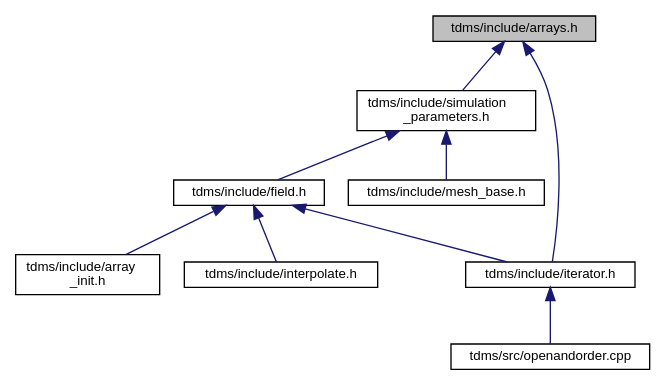
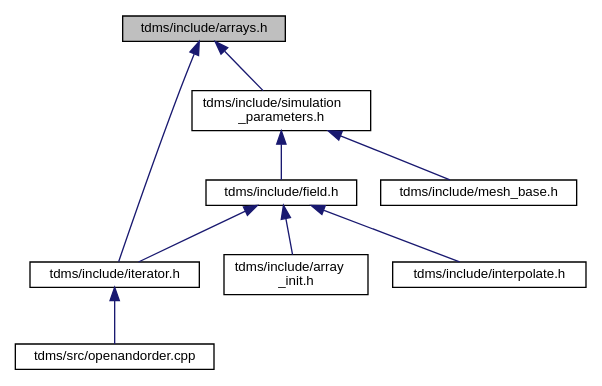
One commit to UCL/TDMS changed the diagram in arrays_8h__dep__incl.dot. Above: the diagram before and after it, drawn with Graphviz. The commit also changed 324 other files, not shown here.

```diff
--- a/arrays_8h__dep__incl.dot
+++ b/arrays_8h__dep__incl.dot
@@ -1,22 +1,22 @@
 digraph "tdms/include/arrays.h"
 {
  // LATEX_PDF_SIZE
   edge [fontname="Helvetica",fontsize="10",labelfontname="Helvetica",labelfontsize="10"];
   node [fontname="Helvetica",fontsize="10",shape=record];
   Node1 [label="tdms/include/arrays.h",height=0.2,width=0.4,color="black", fillcolor="grey75", style="filled", fontcolor="black",tooltip="Classes describing arrays, vertices etc."];
   Node1 -> Node2 [dir="back",color="midnightblue",fontsize="10",style="solid",fontname="Helvetica"];
-  Node2 [label="tdms/include/simulation\l_parameters.h",height=0.2,width=0.4,color="black", fillcolor="white", style="filled",URL="$simulation__parameters_8h.html",tooltip="Classes collecting parameters for the simulation."];
+  Node2 [label="tdms/include/iterator.h",height=0.2,width=0.4,color="black", fillcolor="white", style="filled",URL="$iterator_8h.html",tooltip="The main time propogation algorithm."];
   Node2 -> Node3 [dir="back",color="midnightblue",fontsize="10",style="solid",fontname="Helvetica"];
-  Node3 [label="tdms/include/field.h",height=0.2,width=0.4,color="black", fillcolor="white", style="filled",URL="$field_8h.html",tooltip="Classes for the electric and magnetic (split) fields on a grid."];
-  Node3 -> Node4 [dir="back",color="midnightblue",fontsize="10",style="solid",fontname="Helvetica"];
-  Node4 [label="tdms/include/array\l_init.h",height=0.2,width=0.4,color="black", fillcolor="white", style="filled",URL="$array__init_8h.html",tooltip="A collection of functions for array initialisation given MATLAB pointers."];
-  Node3 -> Node5 [dir="back",color="midnightblue",fontsize="10",style="solid",fontname="Helvetica"];
-  Node5 [label="tdms/include/interpolate.h",height=0.2,width=0.4,color="black", fillcolor="white", style="filled",URL="$interpolate_8h.html",tooltip="Interpolation of field values within FDTD grid."];
-  Node3 -> Node6 [dir="back",color="midnightblue",fontsize="10",style="solid",fontname="Helvetica"];
-  Node6 [label="tdms/include/iterator.h",height=0.2,width=0.4,color="black", fillcolor="white", style="filled",URL="$iterator_8h.html",tooltip="The main time propogation algorithm."];
-  Node6 -> Node7 [dir="back",color="midnightblue",fontsize="10",style="solid",fontname="Helvetica"];
-  Node7 [label="tdms/src/openandorder.cpp",height=0.2,width=0.4,color="black", fillcolor="white", style="filled",URL="$openandorder_8cpp.html",tooltip="Launch and file IO."];
-  Node2 -> Node8 [dir="back",color="midnightblue",fontsize="10",style="solid",fontname="Helvetica"];
+  Node3 [label="tdms/src/openandorder.cpp",height=0.2,width=0.4,color="black", fillcolor="white", style="filled",URL="$openandorder_8cpp.html",tooltip="Launch and file IO."];
+  Node1 -> Node4 [dir="back",color="midnightblue",fontsize="10",style="solid",fontname="Helvetica"];
+  Node4 [label="tdms/include/simulation\l_parameters.h",height=0.2,width=0.4,color="black", fillcolor="white", style="filled",URL="$simulation__parameters_8h.html",tooltip="Classes collecting parameters for the simulation."];
+  Node4 -> Node5 [dir="back",color="midnightblue",fontsize="10",style="solid",fontname="Helvetica"];
+  Node5 [label="tdms/include/field.h",height=0.2,width=0.4,color="black", fillcolor="white", style="filled",URL="$field_8h.html",tooltip="Classes for the electric and magnetic (split) fields on a grid."];
+  Node5 -> Node6 [dir="back",color="midnightblue",fontsize="10",style="solid",fontname="Helvetica"];
+  Node6 [label="tdms/include/array\l_init.h",height=0.2,width=0.4,color="black", fillcolor="white", style="filled",URL="$array__init_8h.html",tooltip="A collection of functions for array initialisation given MATLAB pointers."];
+  Node5 -> Node7 [dir="back",color="midnightblue",fontsize="10",style="solid",fontname="Helvetica"];
+  Node7 [label="tdms/include/interpolate.h",height=0.2,width=0.4,color="black", fillcolor="white", style="filled",URL="$interpolate_8h.html",tooltip="Interpolation of field values within FDTD grid."];
+  Node5 -> Node2 [dir="back",color="midnightblue",fontsize="10",style="solid",fontname="Helvetica"];
+  Node4 -> Node8 [dir="back",color="midnightblue",fontsize="10",style="solid",fontname="Helvetica"];
   Node8 [label="tdms/include/mesh_base.h",height=0.2,width=0.4,color="black", fillcolor="white", style="filled",URL="$mesh__base_8h.html",tooltip="Generation of orientated mesh."];
-  Node1 -> Node6 [dir="back",color="midnightblue",fontsize="10",style="solid",fontname="Helvetica"];
 }
```
